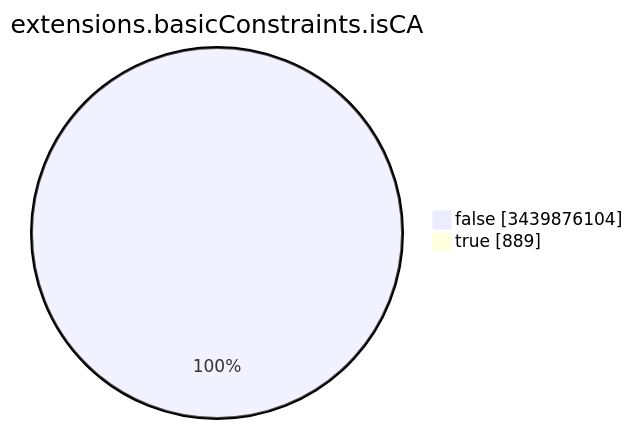
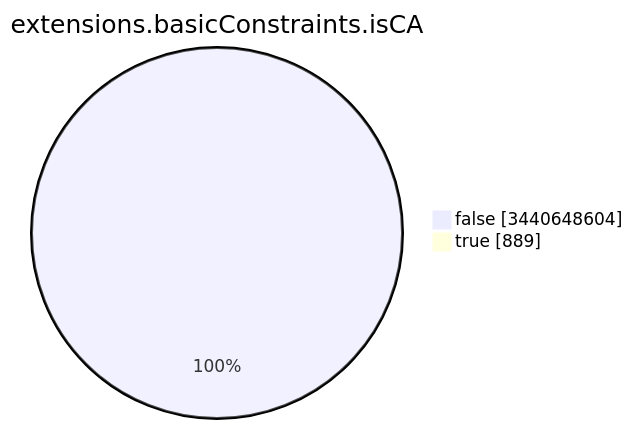
One commit to christiankrug/ctmonitor_visualization changed the seventh of 15 diagrams in TOTAL/README.md. Above: the diagram before and after it, drawn with Mermaid. The commit also changed other lines of this file, not shown here.

````diff
--- a/TOTAL/README.md
+++ b/TOTAL/README.md
@@ -3092,6 +3092,6 @@
 ```mermaid
 pie showData
 title extensions.basicConstraints.isCA
-"false" :3439876104
+"false" :3440648604
 "true" :889
 ```
````
